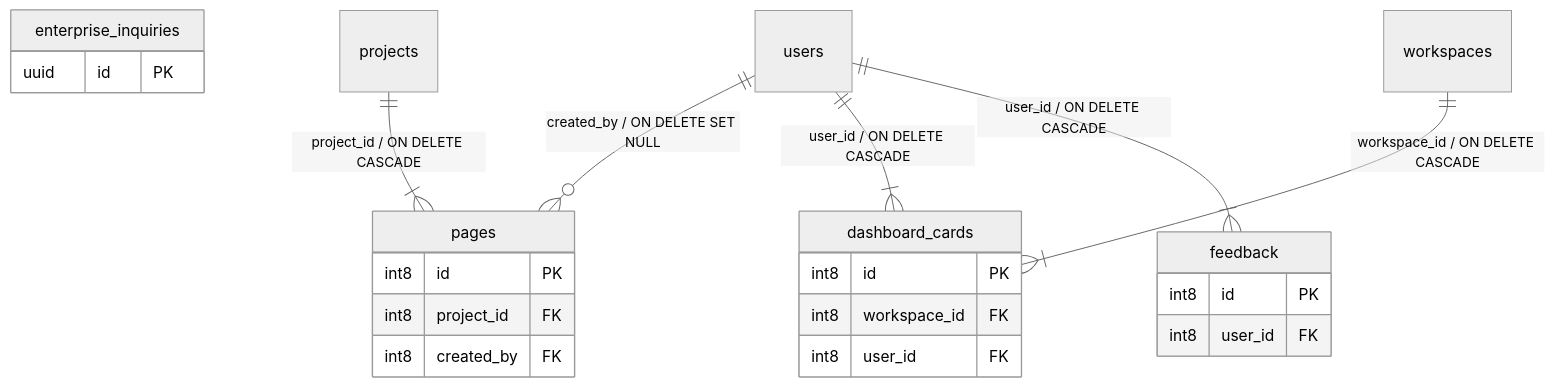
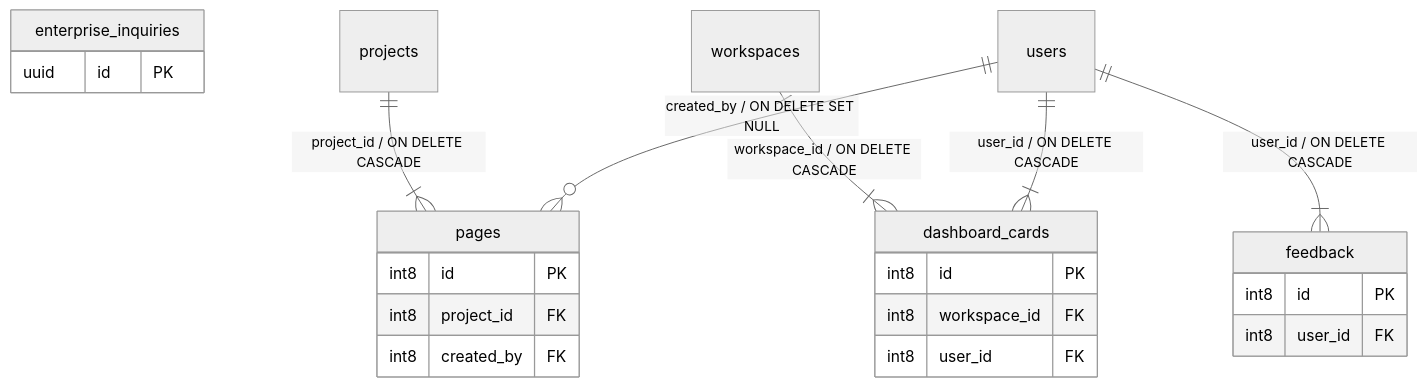
One commit to taskforce-project/taskforce-docs changed the eighth of 10 diagrams in v1/03-architecture/Modele_Donnees_MCD_MLD.md. Above: the diagram before and after it, drawn with Mermaid (neutral theme). The commit also changed other lines of this file and 1 other file, not shown here.

First line of the commit message:
docs(architecture): the data model's relations in column order, and "1 entité"

````diff
--- a/v1/03-architecture/Modele_Donnees_MCD_MLD.md
+++ b/v1/03-architecture/Modele_Donnees_MCD_MLD.md
@@ -616,25 +616,25 @@
 ```mermaid
 erDiagram
   pages {
     int8 id PK
     int8 project_id FK
     int8 created_by FK
   }
   dashboard_cards {
     int8 id PK
     int8 workspace_id FK
     int8 user_id FK
   }
   enterprise_inquiries {
     uuid id PK
   }
   feedback {
     int8 id PK
     int8 user_id FK
   }
+  projects ||--|{ pages : "project_id / ON DELETE CASCADE"
   users ||--o{ pages : "created_by / ON DELETE SET NULL"
-  projects ||--|{ pages : "project_id / ON DELETE CASCADE"
+  workspaces ||--|{ dashboard_cards : "workspace_id / ON DELETE CASCADE"
   users ||--|{ dashboard_cards : "user_id / ON DELETE CASCADE"
-  workspaces ||--|{ dashboard_cards : "workspace_id / ON DELETE CASCADE"
   users ||--|{ feedback : "user_id / ON DELETE CASCADE"
 ```
````
